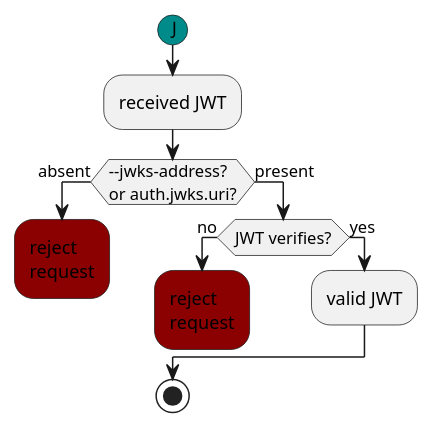
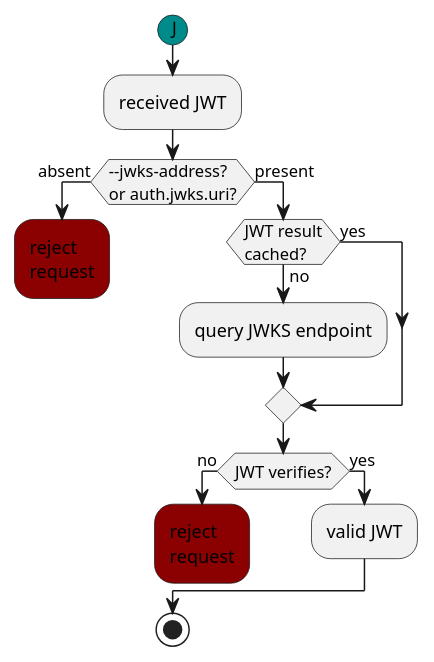
One commit to chronicleworks/chronicle changed the diagram in docs/diagrams/src/oidc-process-jwks.puml. Above: the diagram before and after it, drawn with PlantUML. The commit also changed 2 other files, not shown here.

Commit message:
docs(oidc-opa-flow.md): add endpoint response caching to flowcharts
CHRON-396

```diff
--- a/docs/diagrams/src/oidc-process-jwks.puml
+++ b/docs/diagrams/src/oidc-process-jwks.puml
@@ -3,21 +3,25 @@
 @startuml
 
 #darkcyan:(J)
 :received JWT;
 if (--jwks-address?
 or auth.jwks.uri?) then (absent)
   #darkred:reject
   request;
   detach
 else (present)
+  if (JWT result\ncached?) then (no)
+    :query JWKS endpoint;
+  else (yes)
+  endif
   if (JWT verifies?) then (no)
     #darkred:reject
     request;
     detach
   else (yes)
     :valid JWT;
   endif
 endif
 stop
 
 @enduml
```
